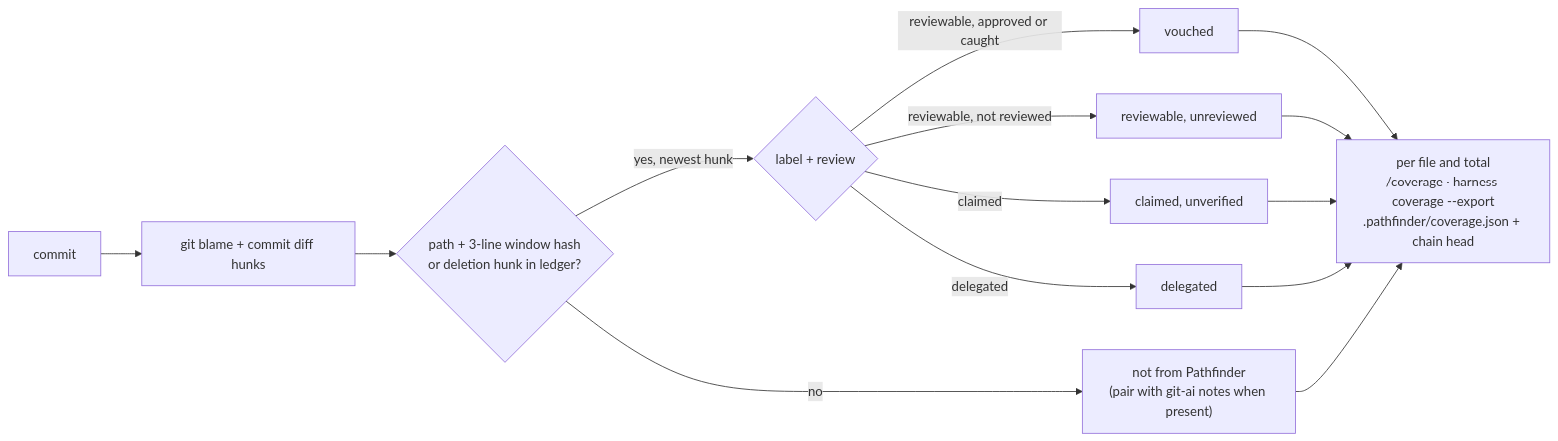
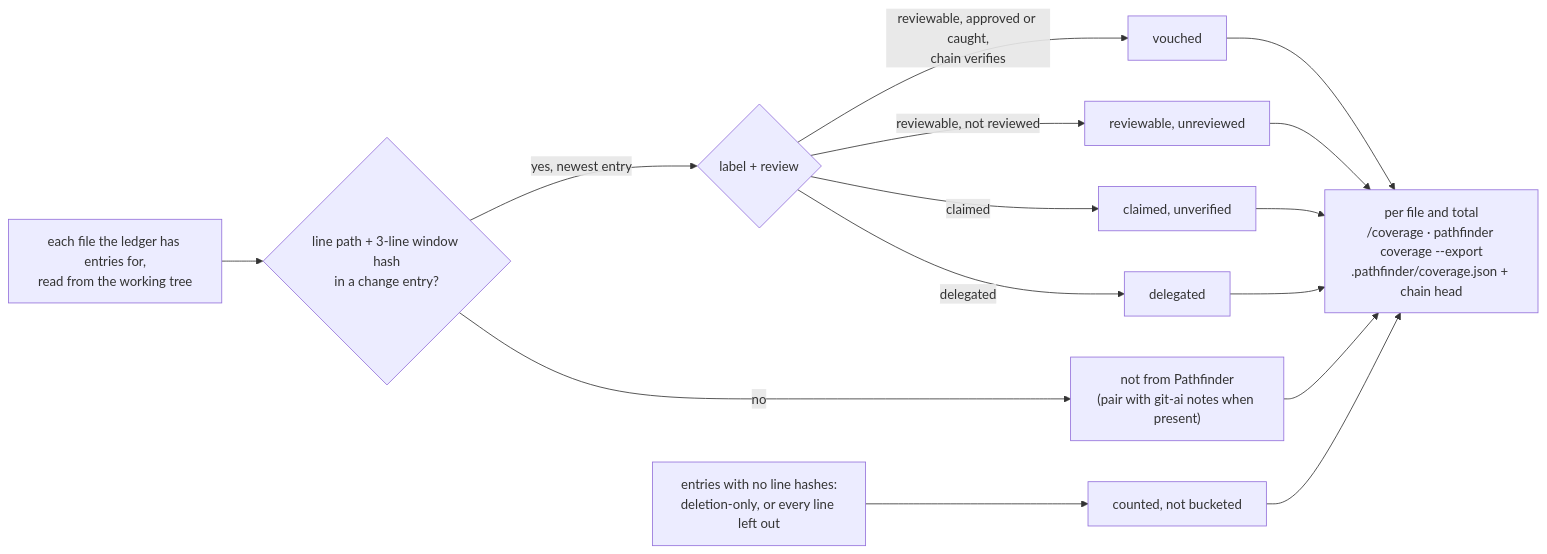
Before and after one commit to lprsrts/pathfinder: diagram 11 of 13 in docs/theory.md, drawn with Mermaid. The commit also changed other lines of this file, not shown here.

````diff
--- a/docs/theory.md
+++ b/docs/theory.md
@@ -482,12 +496,12 @@
 ```mermaid
 flowchart LR
-    C[commit] --> B[git blame + commit diff hunks]
-    B --> H{path + 3-line window hash<br/>or deletion hunk in ledger?}
+    C[each file the ledger has entries for,<br/>read from the working tree] --> H{line path + 3-line window hash<br/>in a change entry?}
     H -->|no| NP["not from Pathfinder<br/>(pair with git-ai notes when present)"]
-    H -->|yes, newest hunk| LB{label + review}
-    LB -->|reviewable, approved or caught| V[vouched]
+    H -->|yes, newest entry| LB{label + review}
+    LB -->|reviewable, approved or caught,<br/>chain verifies| V[vouched]
     LB -->|reviewable, not reviewed| RU[reviewable, unreviewed]
     LB -->|claimed| CL[claimed, unverified]
     LB -->|delegated| DL[delegated]
-    V & RU & CL & DL & NP --> R["per file and total<br/>/coverage · harness coverage --export<br/>.pathfinder/coverage.json + chain head"]
+    DE[entries with no line hashes:<br/>deletion-only, or every line left out] --> DC[counted, not bucketed]
+    V & RU & CL & DL & NP & DC --> R["per file and total<br/>/coverage · pathfinder coverage --export<br/>.pathfinder/coverage.json + chain head"]
 ```
````
